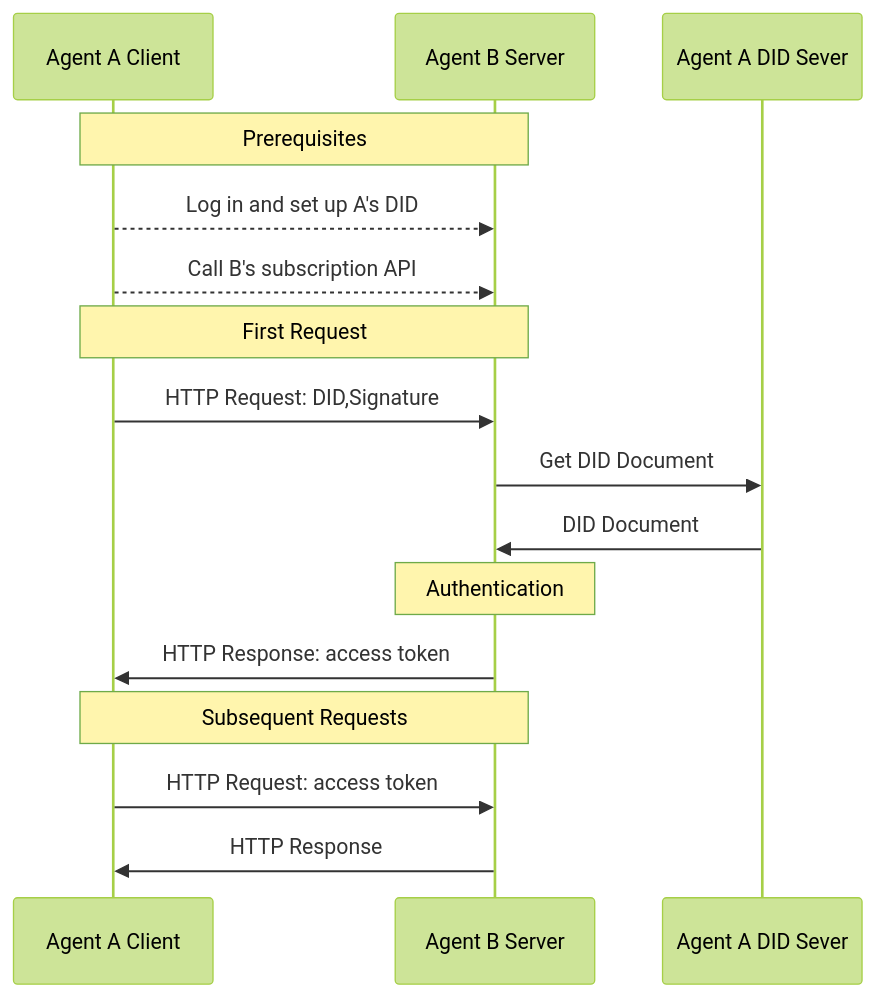
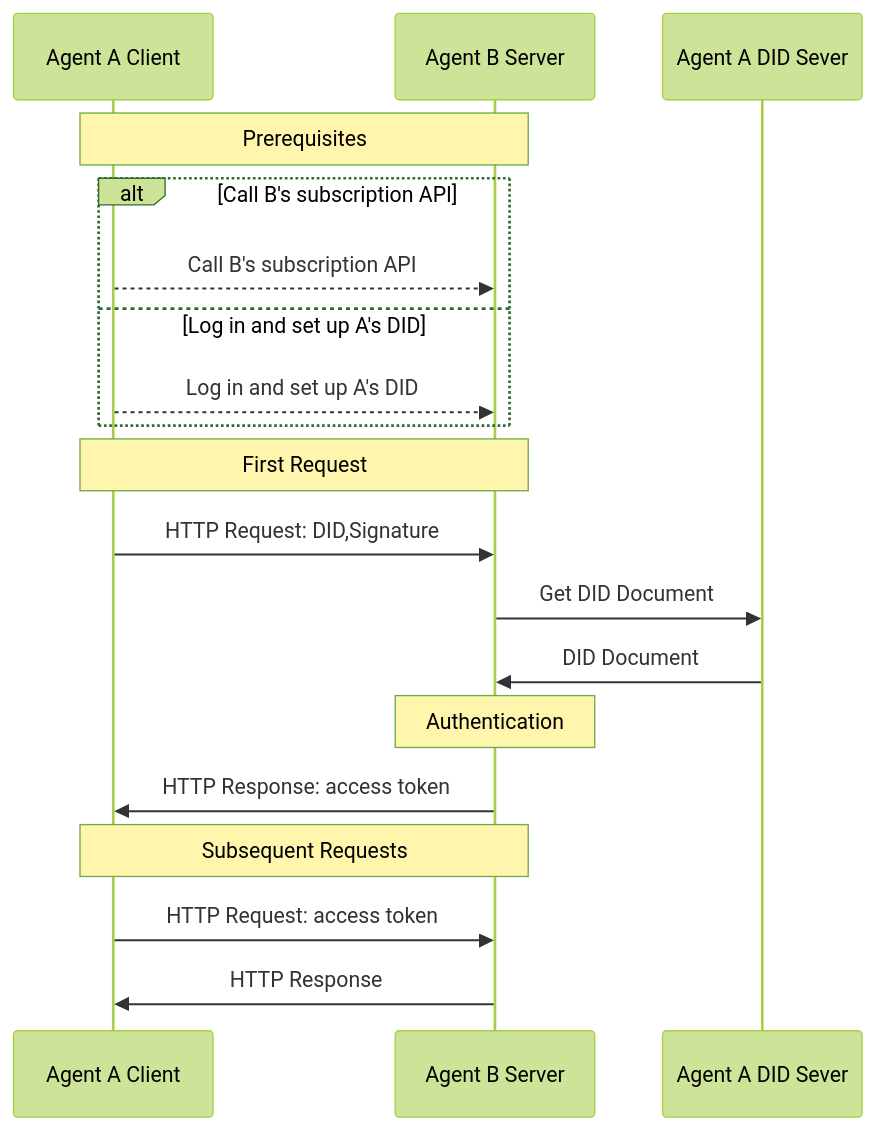
Before and after one commit to yumh1/AgentNetworkProtocol: the diagram in blogs/did:wba, a Web-based Decentralized Identifier.md, drawn with Mermaid (forest theme). The commit also changed 1 other file, not shown here.

Commit message:
update flow

````diff
--- a/blogs/did:wba, a Web-based Decentralized Identifier.md
+++ b/blogs/did:wba, a Web-based Decentralized Identifier.md
@@ -81,27 +81,29 @@
 ```mermaid
 sequenceDiagram
     participant Agent A Client
     participant Agent B Server 
     participant Agent A DID Sever
 
     Note over Agent A Client,Agent B Server: Prerequisites
 
-    Agent A Client-->>Agent B Server: Log in and set up A's DID
-
-    Agent A Client-->>Agent B Server: Call B's subscription API
+    alt Call B's subscription API
+        Agent A Client-->>Agent B Server: Call B's subscription API
+    else Log in and set up A's DID
+        Agent A Client-->>Agent B Server: Log in and set up A's DID
+    end
 
     Note over Agent A Client,Agent B Server: First Request
 
     Agent A Client->>Agent B Server: HTTP Request: DID,Signature
     Agent B Server->>Agent A DID Sever: Get DID Document
     Agent A DID Sever->>Agent B Server: DID Document
 
     Note over Agent B Server: Authentication
 
     Agent B Server->>Agent A Client: HTTP Response: access token
 
     Note over Agent A Client, Agent B Server: Subsequent Requests
 
     Agent A Client->>Agent B Server: HTTP Request: access token
     Agent B Server->>Agent A Client: HTTP Response
 ```
````
